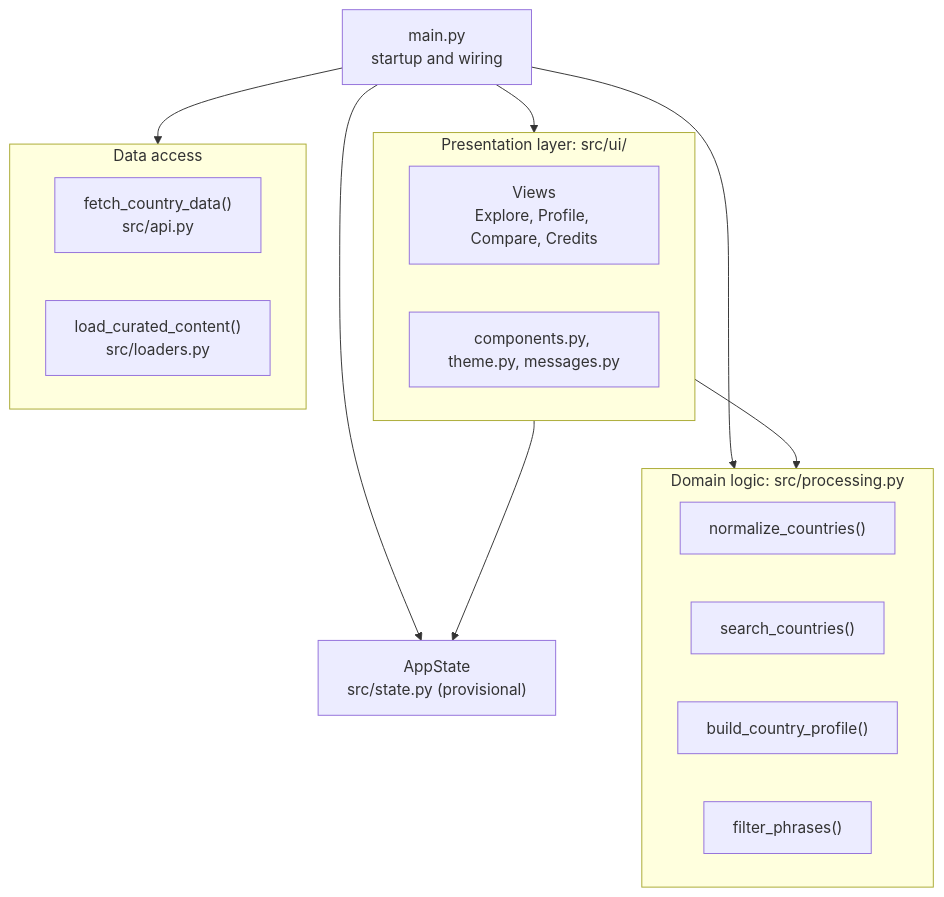
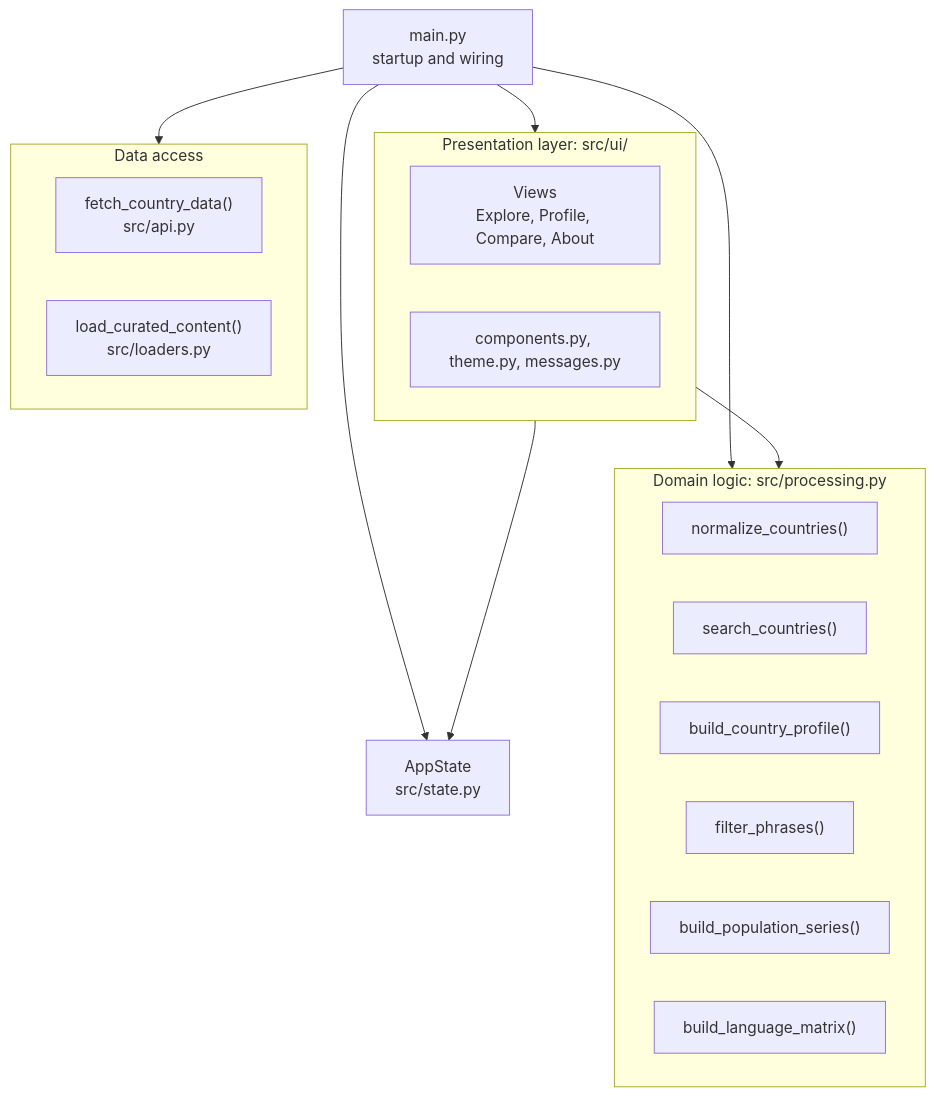
The second of 5 diagrams in docs/architecture.md (jordondraper/culture-quest), drawn with Mermaid before and after one commit. The commit also changed other lines of this file, not shown here.

````diff
--- a/docs/architecture.md
+++ b/docs/architecture.md
@@ -56,29 +57,31 @@
 ```mermaid
 flowchart TB
     main["main.py<br/>startup and wiring"]
-    state["AppState<br/>src/state.py (provisional)"]
+    state["AppState<br/>src/state.py"]
 
     subgraph presentation["Presentation layer: src/ui/"]
-        views["Views<br/>Explore, Profile, Compare, Credits"]
+        views["Views<br/>Explore, Profile, Compare, About"]
         uiparts["components.py, theme.py, messages.py"]
     end
 
     subgraph domain["Domain logic: src/processing.py"]
         normalize["normalize_countries()"]
         search["search_countries()"]
         profile["build_country_profile()"]
         filterp["filter_phrases()"]
+        popseries["build_population_series()"]
+        langmatrix["build_language_matrix()"]
     end
 
     subgraph dataaccess["Data access"]
         fetch["fetch_country_data()<br/>src/api.py"]
         load["load_curated_content()<br/>src/loaders.py"]
     end
 
     main --> dataaccess
     main --> domain
     main --> state
     main --> presentation
     presentation --> domain
     presentation --> state
 ```
````
